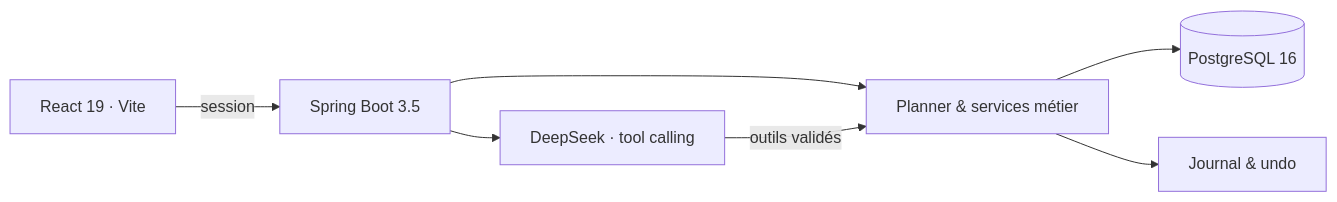
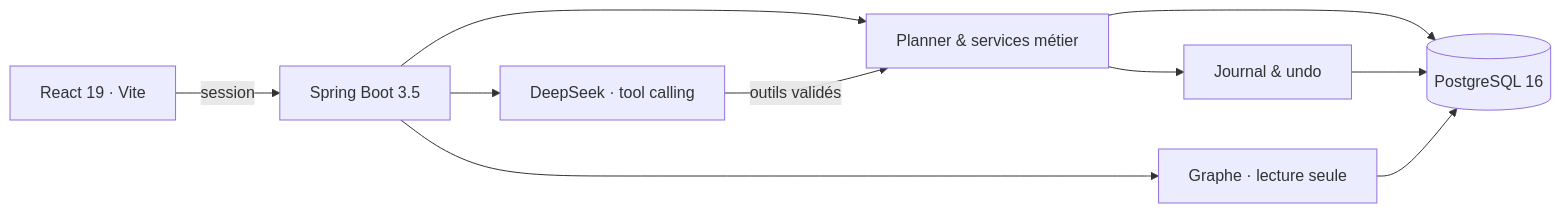
Before and after one commit to khadimmbaye0/calme: the diagram in README.md, drawn with Mermaid. The commit also changed other lines of this file and 1 other file, not shown here.

````diff
--- a/README.md
+++ b/README.md
@@ -78,9 +106,12 @@
 ```mermaid
 flowchart LR
   UI["React 19 · Vite"] -->|"session"| API["Spring Boot 3.5"]
   API --> SERVICES["Planner & services métier"]
   SERVICES --> DB[("PostgreSQL 16")]
   API --> LLM["DeepSeek · tool calling"]
   LLM -->|"outils validés"| SERVICES
   SERVICES --> JOURNAL["Journal & undo"]
+  JOURNAL --> DB
+  API --> GRAPH["Graphe · lecture seule"]
+  GRAPH --> DB
 ```
````
